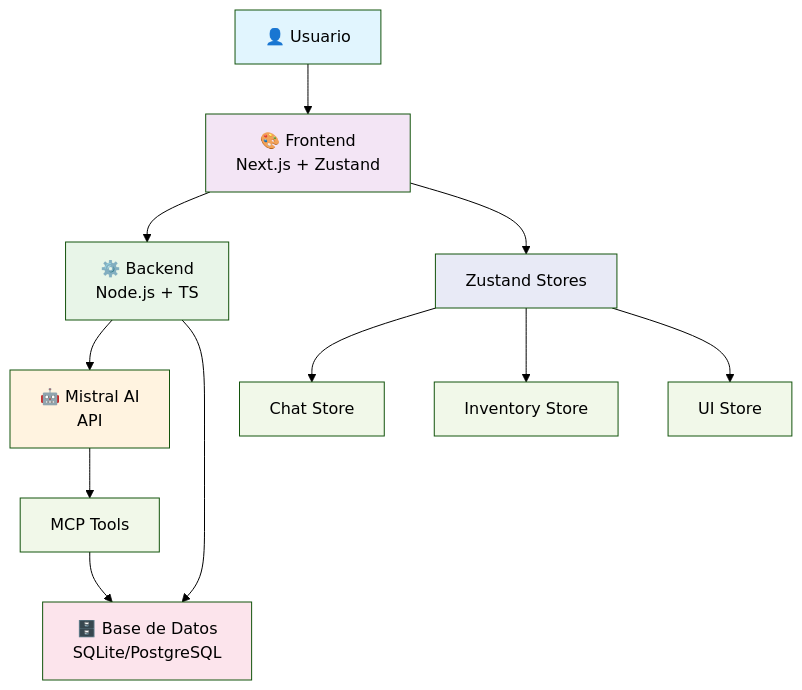
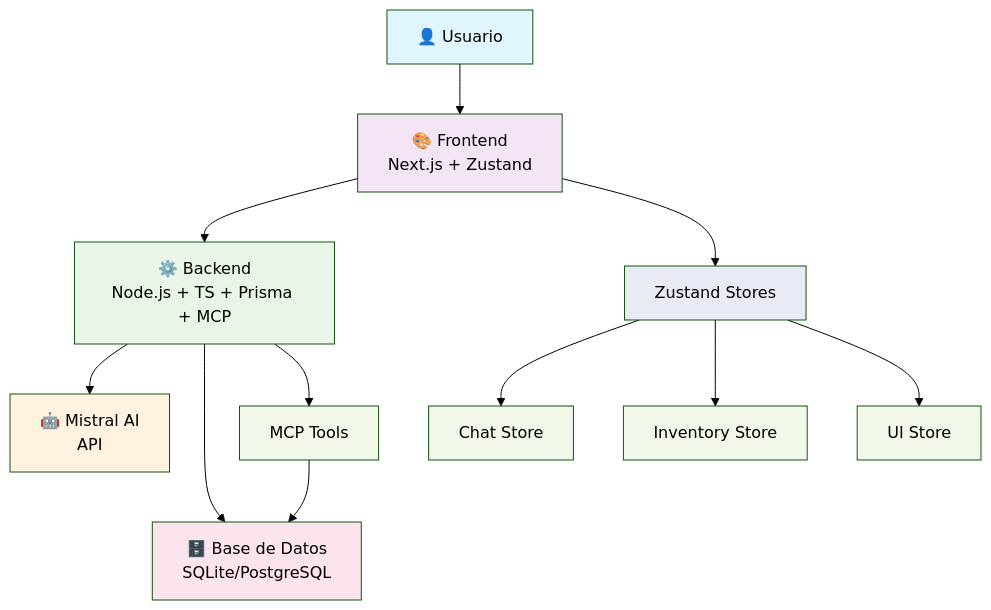
One commit to mauroociappinaph/proyecto-ia-cosmetica changed the diagram in README.md. Above: the diagram before and after it, drawn with Mermaid (forest theme).

Commit message:
Refine Mermaid diagram in README.md
- Update backend label to include Prisma and MCP components
- Change MCP Tools connection to originate from backend instead of Mistral AI for architectural accuracy

````diff
--- a/README.md
+++ b/README.md
@@ -72,27 +72,27 @@
 ```mermaid
 graph TB
     A[👤 Usuario] --> B[🎨 Frontend<br/>Next.js + Zustand]
-    B --> C[⚙️ Backend<br/>Node.js + TS]
+    B --> C[⚙️ Backend<br/>Node.js + TS + Prisma + MCP]
 
     C --> D[🤖 Mistral AI<br/>API]
     C --> E[🗄️ Base de Datos<br/>SQLite/PostgreSQL]
 
-    D --> F[MCP Tools]
+    C --> F[MCP Tools]
     F --> E
 
     B --> G[Zustand Stores]
     G --> H[Chat Store]
     G --> I[Inventory Store]
     G --> J[UI Store]
 
     style A fill:#e1f5fe,color:black
     style B fill:#f3e5f5,color:black
     style C fill:#e8f5e8,color:black
     style D fill:#fff3e0,color:black
     style E fill:#fce4ec,color:black
     style F fill:#f1f8e9,color:black
     style G fill:#e8eaf6,color:black
     style H fill:#f1f8e9,color:black
     style I fill:#f1f8e9,color:black
     style J fill:#f1f8e9,color:black
 ```
````
